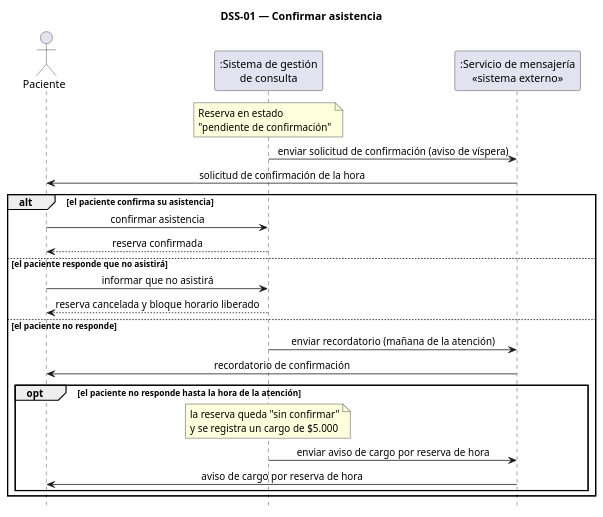
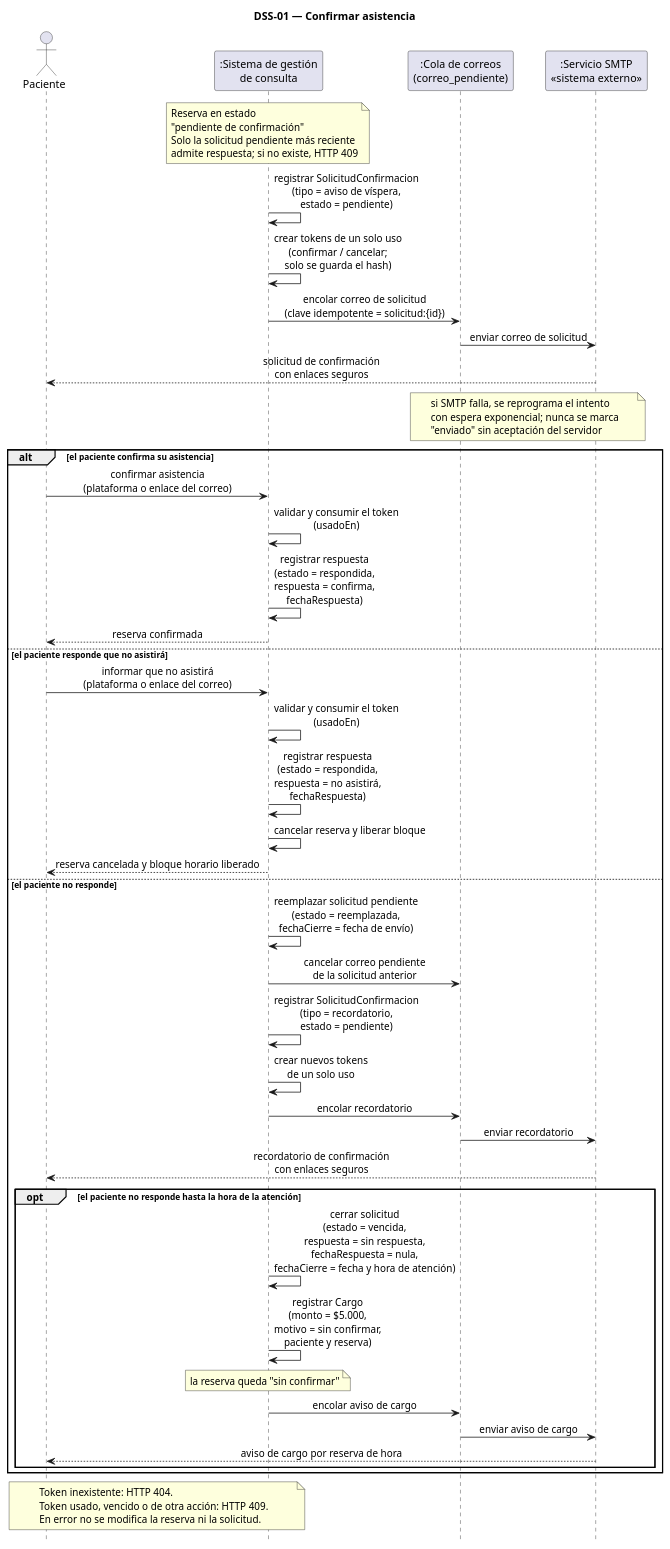
Before and after one commit to gestion-consulta-psicologica/ingenieria-requisitos: the diagram in diagramas/dss-01.puml, drawn with PlantUML. The commit also changed 119 other files, not shown here.

```diff
--- a/diagramas/dss-01.puml
+++ b/diagramas/dss-01.puml
@@ -1,32 +1,53 @@
 @startuml dss-01
 ' DSS-01 — Confirmar asistencia (CU-03 / HU-03)
+' Envío real por SMTP con cola persistente y tokens de un solo uso.
 skinparam shadowing false
 skinparam sequenceMessageAlign center
 hide footbox
 title DSS-01 — Confirmar asistencia
 
 actor "Paciente" as PAC
 participant ":Sistema de gestión\nde consulta" as SIS
-participant ":Servicio de mensajería\n<<sistema externo>>" as MSJ
+participant ":Cola de correos\n(correo_pendiente)" as COLA
+participant ":Servicio SMTP\n<<sistema externo>>" as SMTP
 
-note over SIS : Reserva en estado\n"pendiente de confirmación"
+note over SIS : Reserva en estado\n"pendiente de confirmación"\nSolo la solicitud pendiente más reciente\nadmite respuesta; si no existe, HTTP 409
 
-SIS -> MSJ : enviar solicitud de confirmación (aviso de víspera)
-MSJ -> PAC : solicitud de confirmación de la hora
+SIS -> SIS : registrar SolicitudConfirmacion\n(tipo = aviso de víspera,\nestado = pendiente)
+SIS -> SIS : crear tokens de un solo uso\n(confirmar / cancelar;\nsolo se guarda el hash)
+SIS -> COLA : encolar correo de solicitud\n(clave idempotente = solicitud:{id})
+COLA -> SMTP : enviar correo de solicitud
+SMTP --> PAC : solicitud de confirmación\ncon enlaces seguros
+note over COLA,SMTP : si SMTP falla, se reprograma el intento\ncon espera exponencial; nunca se marca\n"enviado" sin aceptación del servidor
 
 alt el paciente confirma su asistencia
-  PAC -> SIS : confirmar asistencia
+  PAC -> SIS : confirmar asistencia\n(plataforma o enlace del correo)
+  SIS -> SIS : validar y consumir el token\n(usadoEn)
+  SIS -> SIS : registrar respuesta\n(estado = respondida,\nrespuesta = confirma,\nfechaRespuesta)
   SIS --> PAC : reserva confirmada
 else el paciente responde que no asistirá
-  PAC -> SIS : informar que no asistirá
+  PAC -> SIS : informar que no asistirá\n(plataforma o enlace del correo)
+  SIS -> SIS : validar y consumir el token\n(usadoEn)
+  SIS -> SIS : registrar respuesta\n(estado = respondida,\nrespuesta = no asistirá,\nfechaRespuesta)
+  SIS -> SIS : cancelar reserva y liberar bloque
   SIS --> PAC : reserva cancelada y bloque horario liberado
 else el paciente no responde
-  SIS -> MSJ : enviar recordatorio (mañana de la atención)
-  MSJ -> PAC : recordatorio de confirmación
+  SIS -> SIS : reemplazar solicitud pendiente\n(estado = reemplazada,\nfechaCierre = fecha de envío)
+  SIS -> COLA : cancelar correo pendiente\nde la solicitud anterior
+  SIS -> SIS : registrar SolicitudConfirmacion\n(tipo = recordatorio,\nestado = pendiente)
+  SIS -> SIS : crear nuevos tokens\nde un solo uso
+  SIS -> COLA : encolar recordatorio
+  COLA -> SMTP : enviar recordatorio
+  SMTP --> PAC : recordatorio de confirmación\ncon enlaces seguros
   opt el paciente no responde hasta la hora de la atención
-    note over SIS : la reserva queda "sin confirmar"\ny se registra un cargo de $5.000
-    SIS -> MSJ : enviar aviso de cargo por reserva de hora
-    MSJ -> PAC : aviso de cargo por reserva de hora
+    SIS -> SIS : cerrar solicitud\n(estado = vencida,\nrespuesta = sin respuesta,\nfechaRespuesta = nula,\nfechaCierre = fecha y hora de atención)
+    SIS -> SIS : registrar Cargo\n(monto = $5.000,\nmotivo = sin confirmar,\npaciente y reserva)
+    note over SIS : la reserva queda "sin confirmar"
+    SIS -> COLA : encolar aviso de cargo
+    COLA -> SMTP : enviar aviso de cargo
+    SMTP --> PAC : aviso de cargo por reserva de hora
   end
 end
+
+note over PAC,SIS : Token inexistente: HTTP 404.\nToken usado, vencido o de otra acción: HTTP 409.\nEn error no se modifica la reserva ni la solicitud.
 @enduml
```
